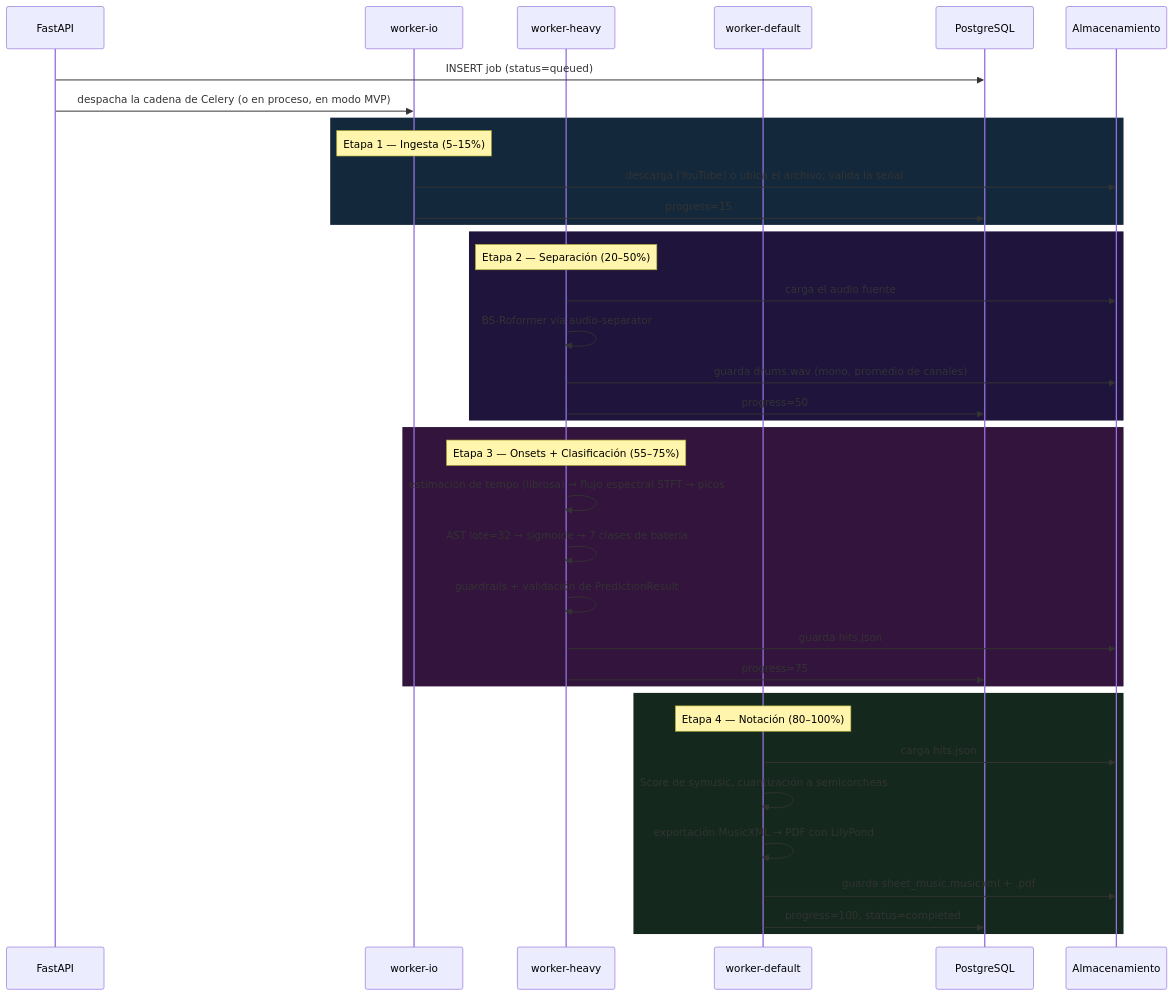
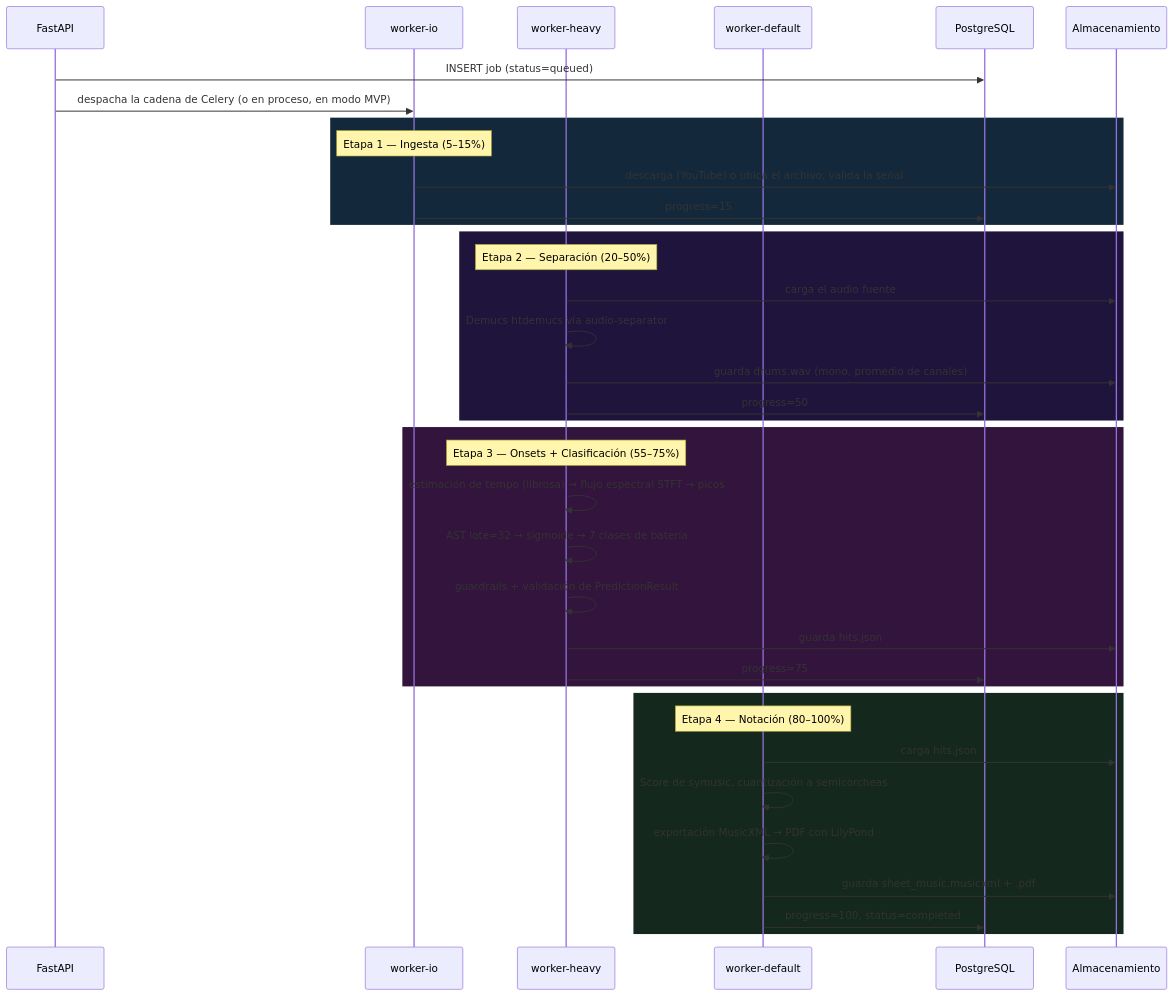
One commit to MatPizzolo/Automatic-Drum-Transcription changed the second of 3 diagrams in README.es.md. Above: the diagram before and after it, drawn with Mermaid. The commit also changed other lines of this file and 1 other file, not shown here.

````diff
--- a/README.es.md
+++ b/README.es.md
@@ -103,44 +100,44 @@
 ```mermaid
 sequenceDiagram
     participant API as FastAPI
     participant IO  as worker-io
     participant HV  as worker-heavy
     participant DF  as worker-default
     participant DB  as PostgreSQL
     participant S3  as Almacenamiento
 
     API->>DB: INSERT job (status=queued)
     API->>IO: despacha la cadena de Celery (o en proceso, en modo MVP)
 
     rect rgb(20, 40, 60)
     Note over IO: Etapa 1 — Ingesta (5–15%)
     IO->>S3: descarga (YouTube) o ubica el archivo, valida la señal
     IO->>DB: progress=15
     end
 
     rect rgb(30, 20, 60)
     Note over HV: Etapa 2 — Separación (20–50%)
     HV->>S3: carga el audio fuente
-    HV->>HV: BS-Roformer vía audio-separator
+    HV->>HV: Demucs htdemucs vía audio-separator
     HV->>S3: guarda drums.wav (mono, promedio de canales)
     HV->>DB: progress=50
     end
 
     rect rgb(50, 20, 60)
     Note over HV: Etapa 3 — Onsets + Clasificación (55–75%)
     HV->>HV: estimación de tempo (librosa) → flujo espectral STFT → picos
     HV->>HV: AST lote=32 → sigmoide → 7 clases de batería
     HV->>HV: guardrails + validación de PredictionResult
     HV->>S3: guarda hits.json
     HV->>DB: progress=75
     end
 
     rect rgb(20, 40, 30)
     Note over DF: Etapa 4 — Notación (80–100%)
     DF->>S3: carga hits.json
     DF->>DF: Score de symusic, cuantización a semicorcheas
     DF->>DF: exportación MusicXML → PDF con LilyPond
     DF->>S3: guarda sheet_music.musicxml + .pdf
     DF->>DB: progress=100, status=completed
     end
 ```
````
